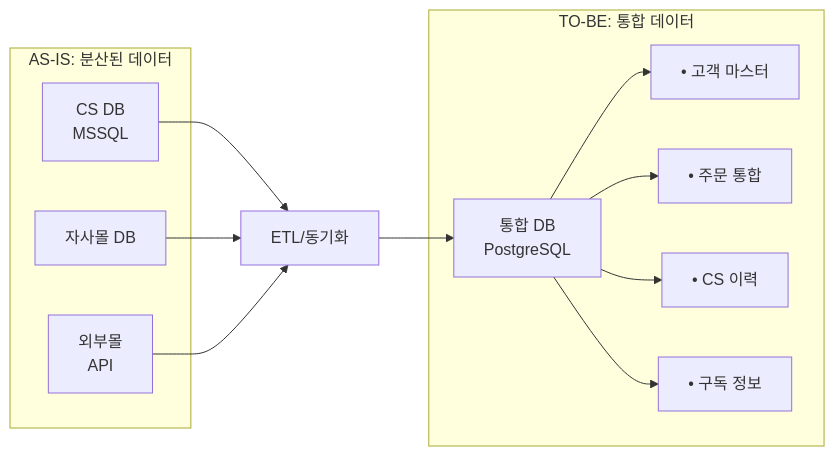
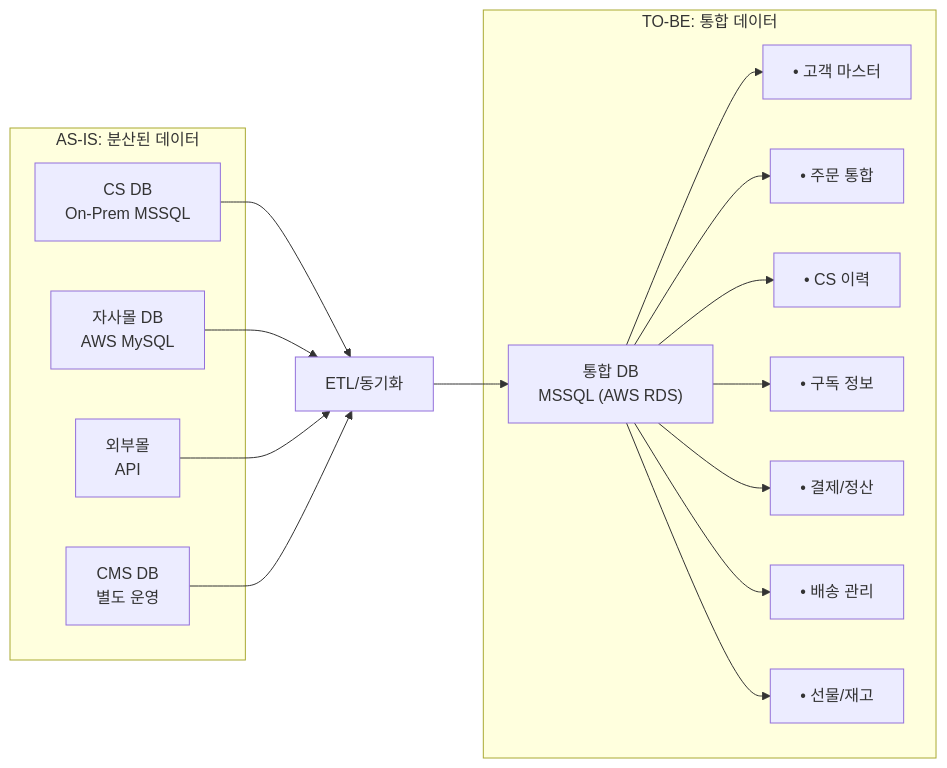
The first of 5 diagrams in src/content/docs/goodthinking-isp/04-design/data-integration.md (sknkwoxs/manual-book), drawn with Mermaid before and after one commit. The commit also changed other lines of this file and 6 other files, not shown here.

````diff
--- a/src/content/docs/goodthinking-isp/04-design/data-integration.md
+++ b/src/content/docs/goodthinking-isp/04-design/data-integration.md
@@ -16,27 +16,35 @@
 ```mermaid
 graph LR
     subgraph ASIS["AS-IS: 분산된 데이터"]
-        A1["CS DB<br/>MSSQL"]
-        A2["자사몰 DB"]
+        A1["CS DB<br/>On-Prem MSSQL"]
+        A2["자사몰 DB<br/>AWS MySQL"]
         A3["외부몰<br/>API"]
+        A4["CMS DB<br/>별도 운영"]
     end
     
     ETL["ETL/동기화"]
     
     subgraph TOBE["TO-BE: 통합 데이터"]
-        B1["통합 DB<br/>PostgreSQL"]
+        B1["통합 DB<br/>MSSQL (AWS RDS)"]
         B2["• 고객 마스터"]
         B3["• 주문 통합"]
         B4["• CS 이력"]
         B5["• 구독 정보"]
+        B6["• 결제/정산"]
+        B7["• 배송 관리"]
+        B8["• 선물/재고"]
     end
     
     A1 --> ETL
     A2 --> ETL
     A3 --> ETL
+    A4 --> ETL
     ETL --> B1
     B1 --> B2
     B1 --> B3
     B1 --> B4
     B1 --> B5
+    B1 --> B6
+    B1 --> B7
+    B1 --> B8
 ```
````
